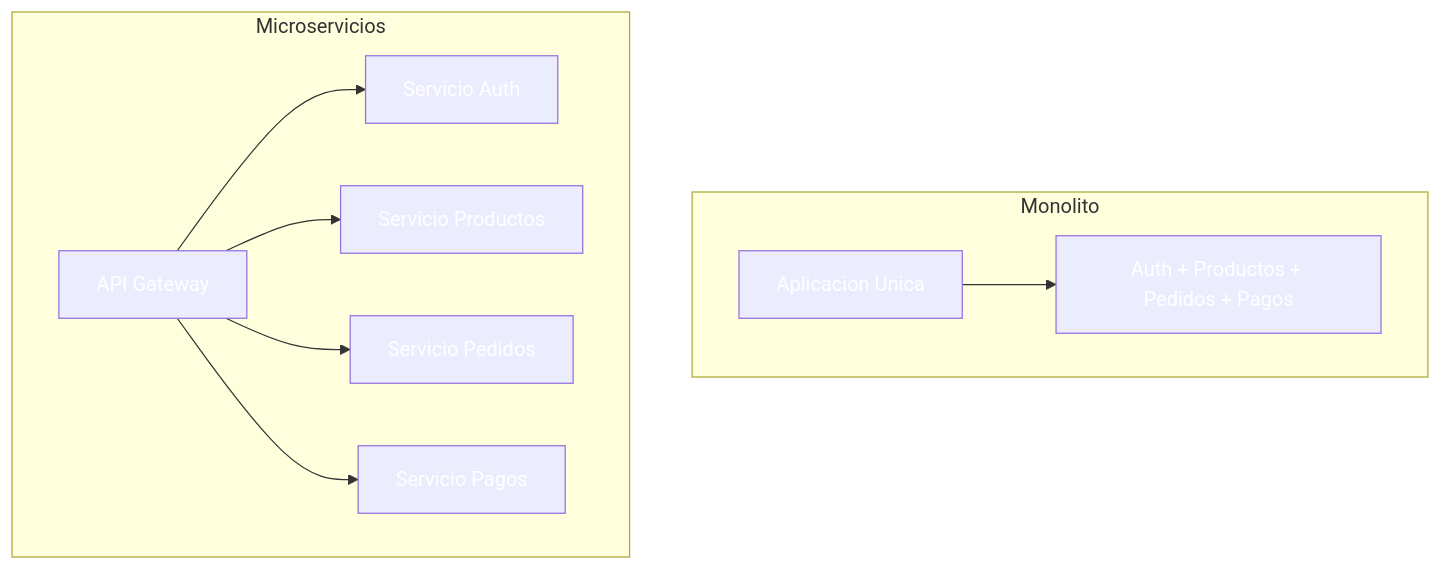
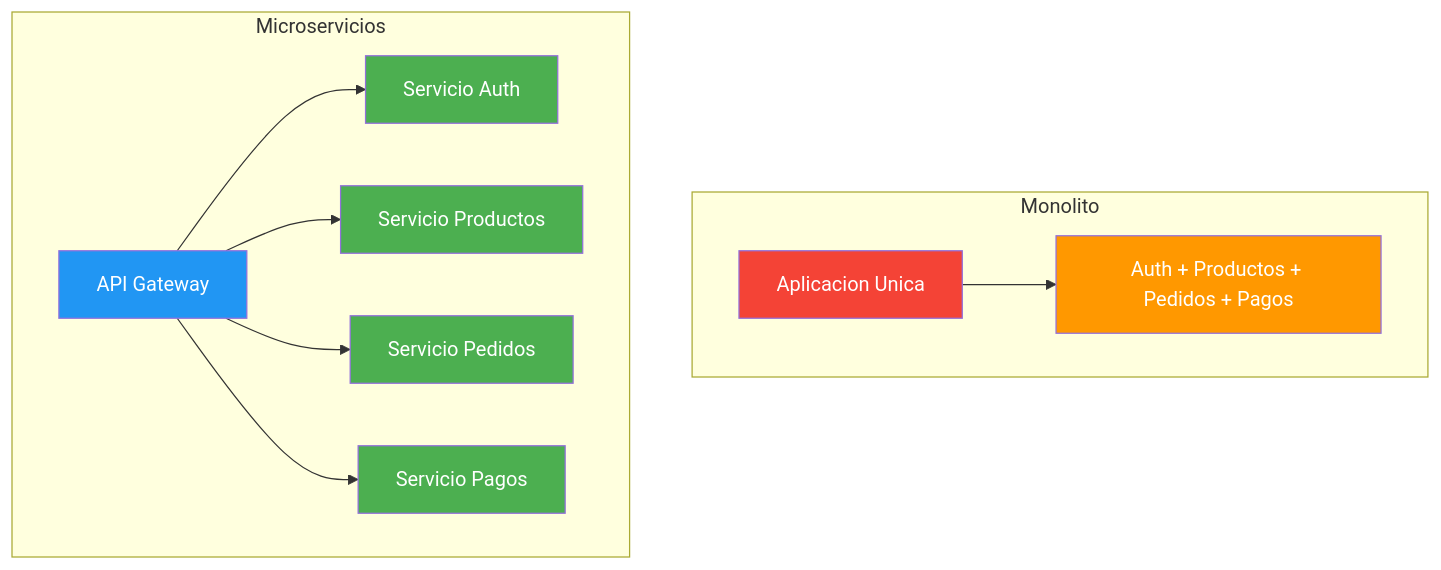
Before and after one commit to joseluisgs/DesarrolloWebEntornosServidor-02-2026-2027: the first of 10 diagrams in 31-api-gateway.md, drawn with Mermaid. The commit also changed other lines of this file and 29 other files, not shown here.

Commit message:
docs: corregir estilos Mermaid y estilo, quitar referencias a la Tienda y reestructurar los retos 13 y 15

````diff
--- a/31-api-gateway.md
+++ b/31-api-gateway.md
@@ -64,21 +64,21 @@
 ```mermaid
 graph TD
     subgraph Monolito
         M["Aplicacion Unica"]
         M --> MA["Auth + Productos + Pedidos + Pagos"]
     end
     subgraph Microservicios
         GW["API Gateway"]
         GW --> MS1["Servicio Auth"]
         GW --> MS2["Servicio Productos"]
         GW --> MS3["Servicio Pedidos"]
         GW --> MS4["Servicio Pagos"]
     end
-    style M fill:#f4433,color:#fff6,color:#fff
-    style MA fill:#FF980,color:#fff0,color:#fff
-    style GW fill:#2196F,color:#fff3,color:#fff
-    style MS1 fill:#4CAF5,color:#fff0,color:#fff
-    style MS2 fill:#4CAF5,color:#fff0,color:#fff
-    style MS3 fill:#4CAF5,color:#fff0,color:#fff
-    style MS4 fill:#4CAF5,color:#fff0,color:#fff
+    style M fill:#f44336,color:#fff
+    style MA fill:#FF9800,color:#fff
+    style GW fill:#2196F3,color:#fff
+    style MS1 fill:#4CAF50,color:#fff
+    style MS2 fill:#4CAF50,color:#fff
+    style MS3 fill:#4CAF50,color:#fff
+    style MS4 fill:#4CAF50,color:#fff
 ```
````
